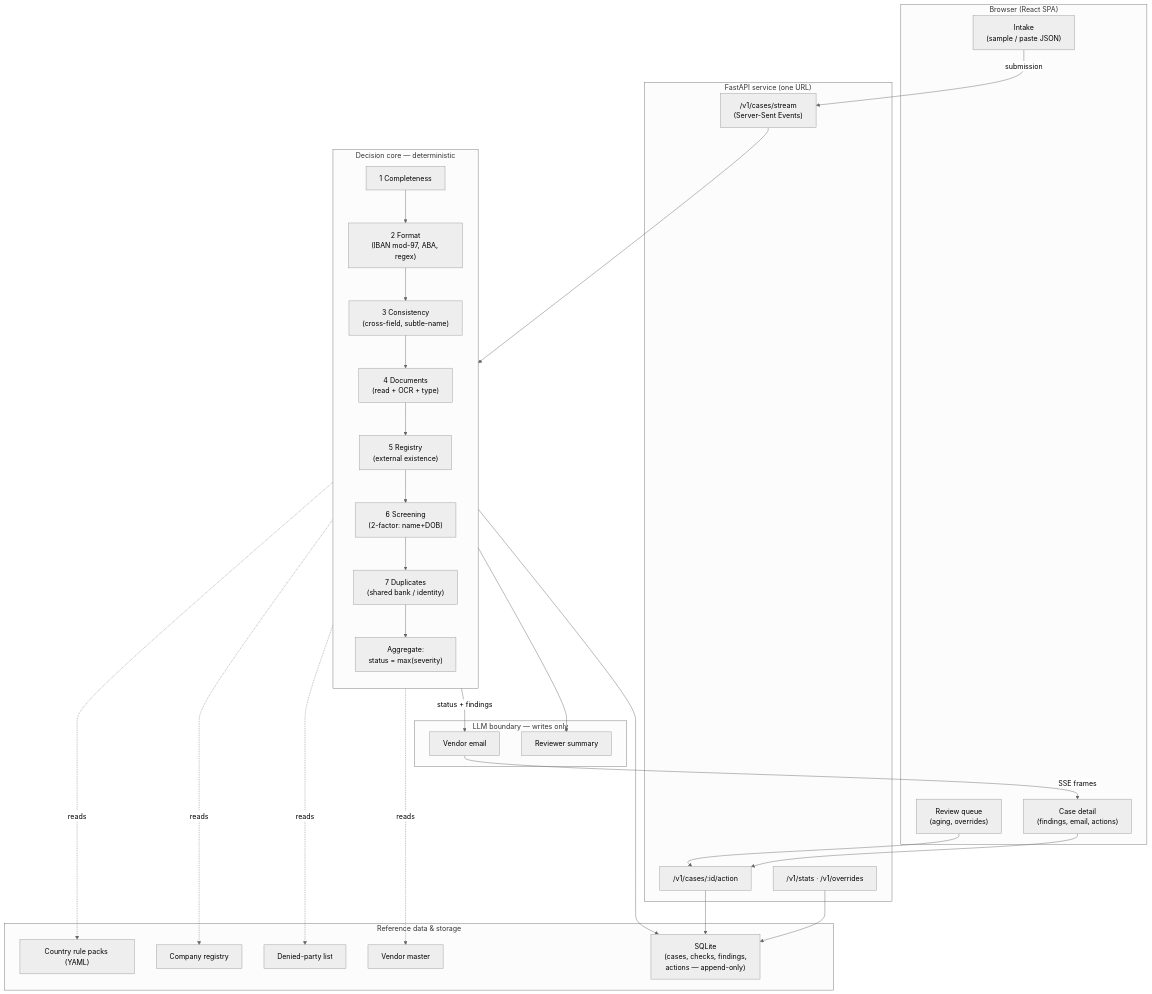
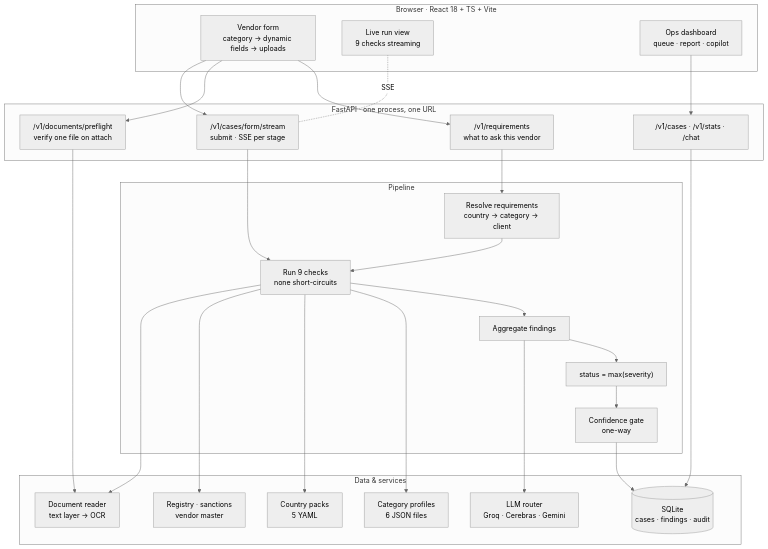
The first of 7 diagrams in docs/HLD.md (owaishjamal/vendor-onboarding-agent), drawn with Mermaid (neutral theme) before and after one commit. The commit also changed other lines of this file and 2 other files, not shown here.

````diff
--- a/docs/HLD.md
+++ b/docs/HLD.md
@@ -19,53 +13,41 @@
 ```mermaid
 flowchart TB
-    subgraph Client["Browser (React SPA)"]
-        Intake["Intake<br/>(sample / paste JSON)"]
-        Queue["Review queue<br/>(aging, overrides)"]
-        Detail["Case detail<br/>(findings, email, actions)"]
+    subgraph B["Browser · React 18 + TS + Vite"]
+        F["Vendor form<br/>category → dynamic fields → uploads"]
+        R["Live run view<br/>9 checks streaming"]
+        Q["Ops dashboard<br/>queue · report · copilot"]
     end
 
-    subgraph API["FastAPI service (one URL)"]
-        SSE["/v1/cases/stream<br/>(Server-Sent Events)"]
-        Actions["/v1/cases/:id/action"]
-        Reports["/v1/stats · /v1/overrides"]
+    subgraph A["FastAPI · one process, one URL"]
+        E1["/v1/requirements<br/>what to ask this vendor"]
+        E2["/v1/documents/preflight<br/>verify one file on attach"]
+        E3["/v1/cases/form/stream<br/>submit · SSE per stage"]
+        E4["/v1/cases · /v1/stats · /chat"]
     end
 
-    subgraph Core["Decision core — deterministic"]
-        direction TB
-        C1["1 Completeness"]
-        C2["2 Format<br/>(IBAN mod-97, ABA, regex)"]
-        C3["3 Consistency<br/>(cross-field, subtle-name)"]
-        C4["4 Documents<br/>(read + OCR + type)"]
-        C5["5 Registry<br/>(external existence)"]
-        C6["6 Screening<br/>(2-factor: name+DOB)"]
-        C7["7 Duplicates<br/>(shared bank / identity)"]
-        Decide["Aggregate:<br/>status = max(severity)"]
+    subgraph P["Pipeline"]
+        RES["Resolve requirements<br/>country → category → client"]
+        RUN["Run 9 checks<br/>none short-circuits"]
+        AGG["Aggregate findings"]
+        DEC["status = max(severity)"]
+        CONF["Confidence gate<br/>one-way"]
     end
 
-    subgraph LLM["LLM boundary — writes only"]
-        Email["Vendor email"]
-        Summary["Reviewer summary"]
+    subgraph D["Data & services"]
+        PROF["Category profiles<br/>6 JSON files"]
+        RULES["Country packs<br/>5 YAML"]
+        SEED["Registry · sanctions<br/>vendor master"]
+        DOCS["Document reader<br/>text layer → OCR"]
+        LLM["LLM router<br/>Groq · Cerebras · Gemini"]
+        DB[("SQLite<br/>cases · findings · audit")]
     end
 
-    subgraph Data["Reference data & storage"]
-        Rules["Country rule packs (YAML)"]
-        Registry["Company registry"]
-        Denied["Denied-party list"]
-        Master["Vendor master"]
-        DB["SQLite<br/>(cases, checks, findings,<br/>actions — append-only)"]
-    end
-
-    Intake -->|submission| SSE
-    SSE --> C1 --> C2 --> C3 --> C4 --> C5 --> C6 --> C7 --> Decide
-    C2 -.reads.-> Rules
-    C5 -.reads.-> Registry
-    C6 -.reads.-> Denied
-    C7 -.reads.-> Master
-    Decide -->|status + findings| Email
-    Decide --> Summary
-    Decide --> DB
-    Email -->|SSE frames| Detail
-    Queue --> Actions --> DB
-    Reports --> DB
-    Detail --> Actions
+    F --> E1 --> RES
+    F --> E2 --> DOCS
+    F --> E3 --> RUN
+    RES --> RUN --> AGG --> DEC --> CONF --> DB
+    R -.SSE.- E3
+    Q --> E4 --> DB
+    RUN --> PROF & RULES & SEED & DOCS
+    AGG --> LLM
 ```
````
